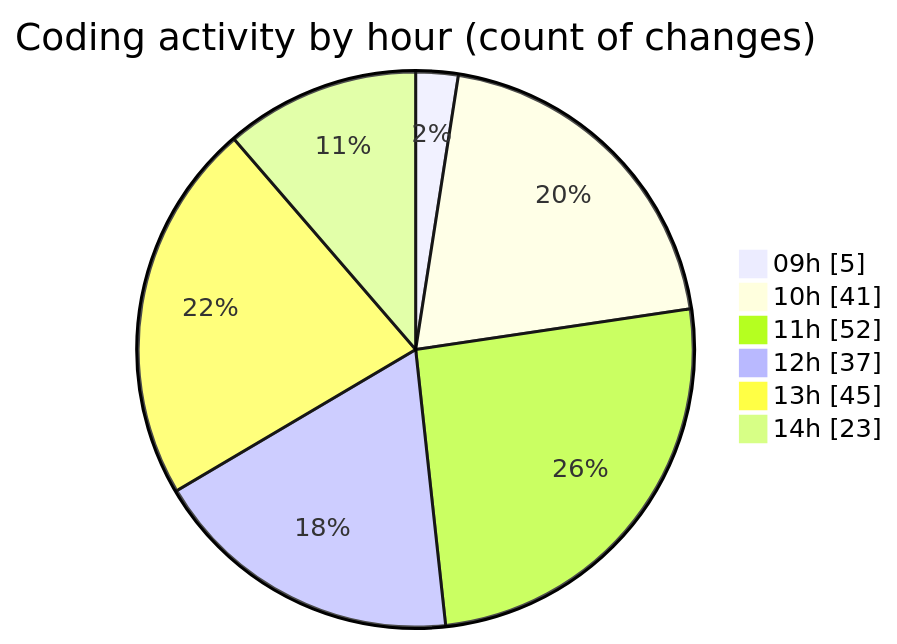
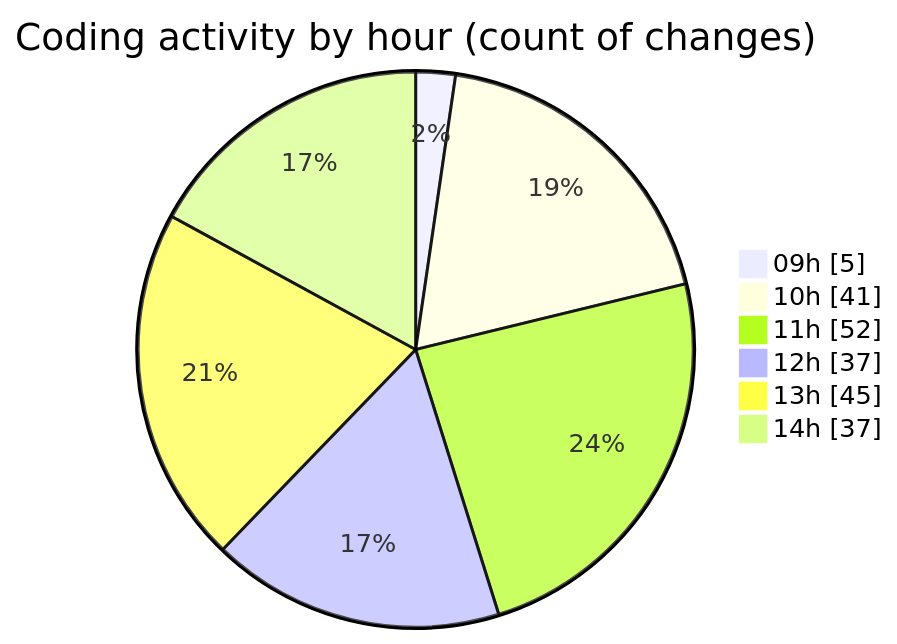
One commit to momahboobian/code-tracking changed the second of 2 diagrams in 2026-04-27/cda/README.md. Above: the diagram before and after it, drawn with Mermaid. The commit also changed other lines of this file and 1 other file, not shown here.

````diff
--- a/2026-04-27/cda/README.md
+++ b/2026-04-27/cda/README.md
@@ -58,10 +58,10 @@
 ```mermaid
 pie showData
 title Coding activity by hour (count of changes)
 "09h" : 5
 "10h" : 41
 "11h" : 52
 "12h" : 37
 "13h" : 45
-"14h" : 23
+"14h" : 37
 ```
````
